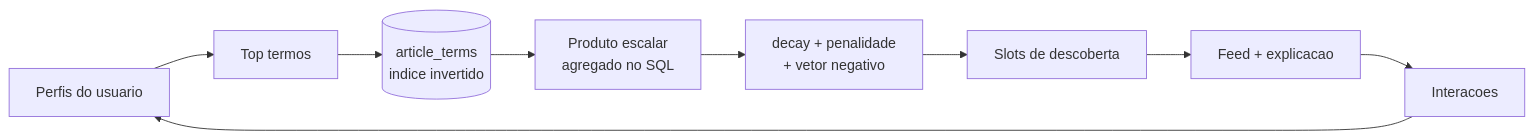
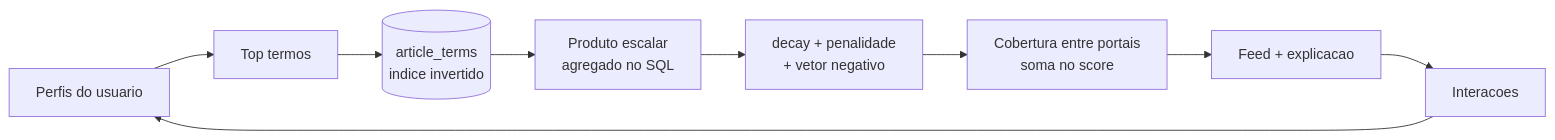
The second of 2 diagrams in docs/ARQUITETURA.md (gabhrielv/notle), drawn with Mermaid before and after one commit. The commit also changed other lines of this file, not shown here.

````diff
--- a/docs/ARQUITETURA.md
+++ b/docs/ARQUITETURA.md
@@ -470,11 +470,11 @@
 ```mermaid
 flowchart LR
     A[Perfis do usuario] --> B[Top termos]
     B --> C[(article_terms<br/>indice invertido)]
     C --> D[Produto escalar<br/>agregado no SQL]
     D --> E[decay + penalidade<br/>+ vetor negativo]
-    E --> F[Slots de descoberta]
+    E --> F[Cobertura entre portais<br/>soma no score]
     F --> G[Feed + explicacao]
     G --> H[Interacoes]
     H --> A
 ```
````
